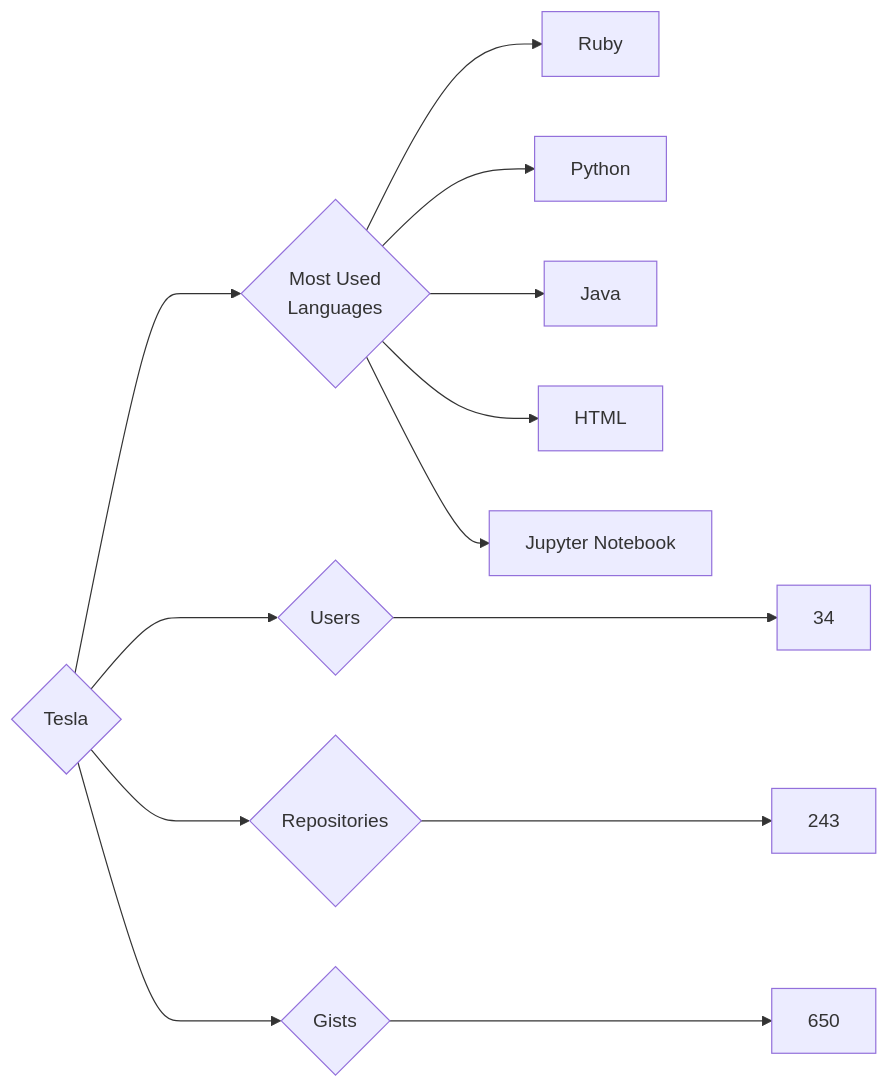
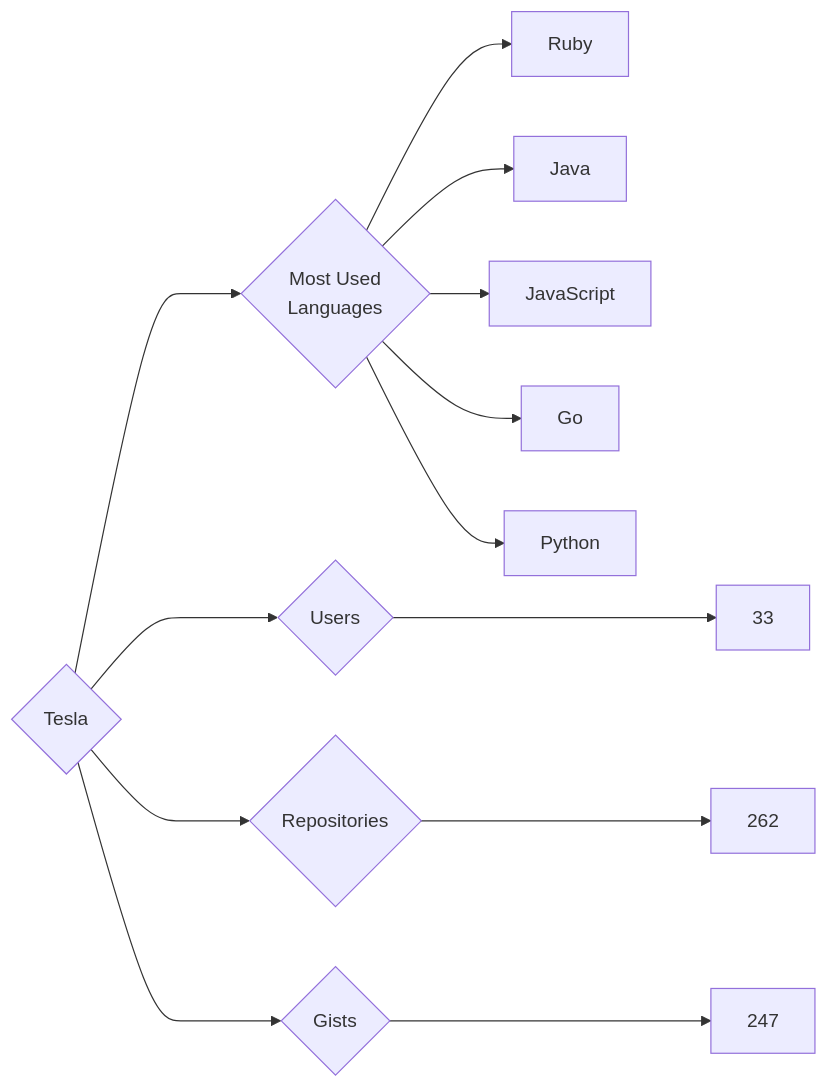
The diagram in targets/Tesla/README.md (trickest/insiders), drawn with Mermaid before and after one commit. The commit also changed 928 other files, not shown here.

````diff
--- a/targets/Tesla/README.md
+++ b/targets/Tesla/README.md
@@ -3,13 +3,13 @@
 ```mermaid
 graph LR
 COMPANY_NAME{Tesla}
-COMPANY_NAME ---> U{Users} ---> UN[34]
-COMPANY_NAME ---> R{Repositories} ---> RN[243]
-COMPANY_NAME ---> G{Gists} ---> GN[650]
+COMPANY_NAME ---> U{Users} ---> UN[33]
+COMPANY_NAME ---> R{Repositories} ---> RN[262]
+COMPANY_NAME ---> G{Gists} ---> GN[247]
 COMPANY_NAME ---> ML{Most Used<br>Languages}
 ML --> Ruby[Ruby]
+ML --> Java[Java]
+ML --> JavaScript[JavaScript]
+ML --> Go[Go]
 ML --> Python[Python]
-ML --> Java[Java]
-ML --> HTML[HTML]
-ML --> Jupyter_Notebook[Jupyter Notebook]
 ```
````
